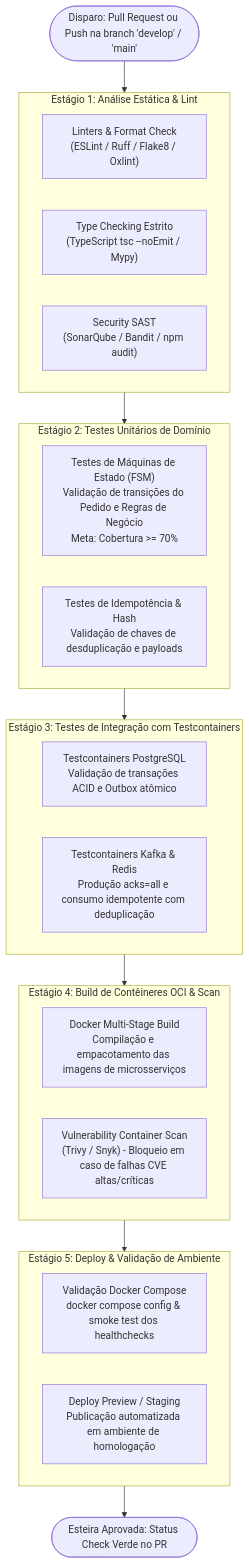
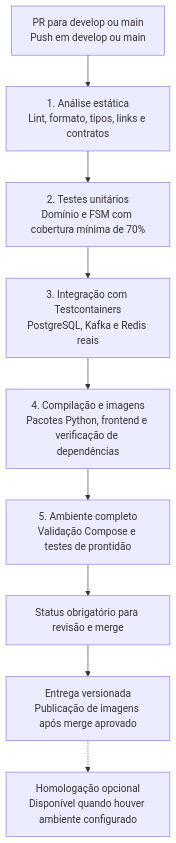
One commit to eduepaz/projeto-integrador-de-construcao-de-software changed the eighth of 9 diagrams in production_artifacts/Technical_Specification.md. Above: the diagram before and after it, drawn with Mermaid. The commit also changed other lines of this file and 3 other files, not shown here.

````diff
--- a/production_artifacts/Technical_Specification.md
+++ b/production_artifacts/Technical_Specification.md
@@ -495,40 +724,11 @@
 ```mermaid
 flowchart TD
-    TRIGGER(["Disparo: Pull Request ou Push na branch 'develop' / 'main'"]) --> STAGE1
-    
-    subgraph STAGE1["Estágio 1: Análise Estática & Lint"]
-        JOB_LINT["Linters & Format Check<br>(ESLint / Ruff / Flake8 / Oxlint)"]
-        JOB_TYPE["Type Checking Estrito<br>(TypeScript tsc --noEmit / Mypy)"]
-        JOB_SECURITY["Security SAST<br>(SonarQube / Bandit / npm audit)"]
-    end
-    
-    STAGE1 --> STAGE2
-    
-    subgraph STAGE2["Estágio 2: Testes Unitários de Domínio"]
-        JOB_UNIT_FSM["Testes de Máquinas de Estado (FSM)<br>Validação de transições do Pedido e Regras de Negócio<br>Meta: Cobertura >= 70%"]
-        JOB_UNIT_IDEM["Testes de Idempotência & Hash<br>Validação de chaves de desduplicação e payloads"]
-    end
-    
-    STAGE2 --> STAGE3
-    
-    subgraph STAGE3["Estágio 3: Testes de Integração com Testcontainers"]
-        JOB_TC_DB["Testcontainers PostgreSQL<br>Validação de transações ACID e Outbox atômico"]
-        JOB_TC_KAFKA["Testcontainers Kafka & Redis<br>Produção acks=all e consumo idempotente com deduplicação"]
-    end
-    
-    STAGE3 --> STAGE4
-    
-    subgraph STAGE4["Estágio 4: Build de Contêineres OCI & Scan"]
-        JOB_DOCKER_BUILD["Docker Multi-Stage Build<br>Compilação e empacotamento das imagens de microsserviços"]
-        JOB_CONTAINER_SCAN["Vulnerability Container Scan<br>(Trivy / Snyk) - Bloqueio em caso de falhas CVE altas/críticas"]
-    end
-    
-    STAGE4 --> STAGE5
-    
-    subgraph STAGE5["Estágio 5: Deploy & Validação de Ambiente"]
-        JOB_COMPOSE_VALIDATE["Validação Docker Compose<br>docker compose config & smoke test dos healthchecks"]
-        JOB_PREVIEW["Deploy Preview / Staging<br>Publicação automatizada em ambiente de homologação"]
-    end
-    
-    STAGE5 --> SUCCESS(["Esteira Aprovada: Status Check Verde no PR"])
+    TRIGGER["PR para develop ou main<br/>Push em develop ou main"] --> STATIC["1. Análise estática<br/>Lint, formato, tipos, links e contratos"]
+    STATIC --> UNIT["2. Testes unitários<br/>Domínio e FSM com cobertura mínima de 70%"]
+    UNIT --> INTEGRATION["3. Integração com Testcontainers<br/>PostgreSQL, Kafka e Redis reais"]
+    INTEGRATION --> BUILD["4. Compilação e imagens<br/>Pacotes Python, frontend e verificação de dependências"]
+    BUILD --> SMOKE["5. Ambiente completo<br/>Validação Compose e testes de prontidão"]
+    SMOKE --> GATE["Status obrigatório para revisão e merge"]
+    GATE --> RELEASE["Entrega versionada<br/>Publicação de imagens após merge aprovado"]
+    RELEASE -.-> PREVIEW["Homologação opcional<br/>Disponível quando houver ambiente configurado"]
 ```
````
